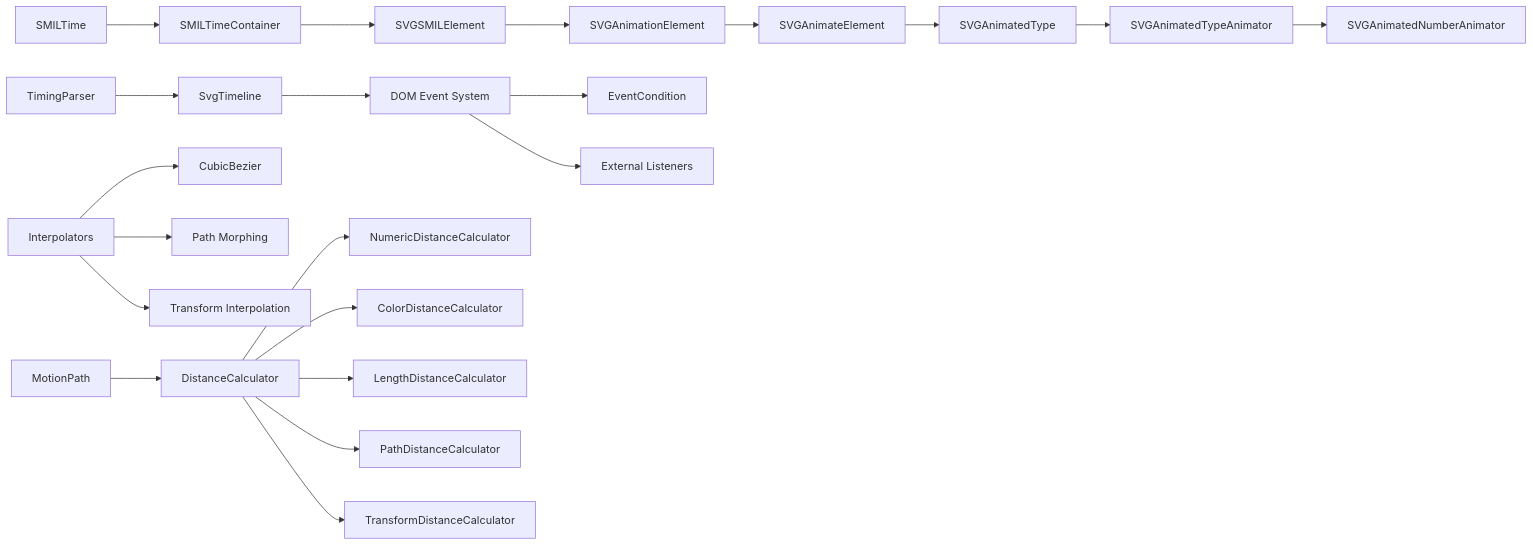
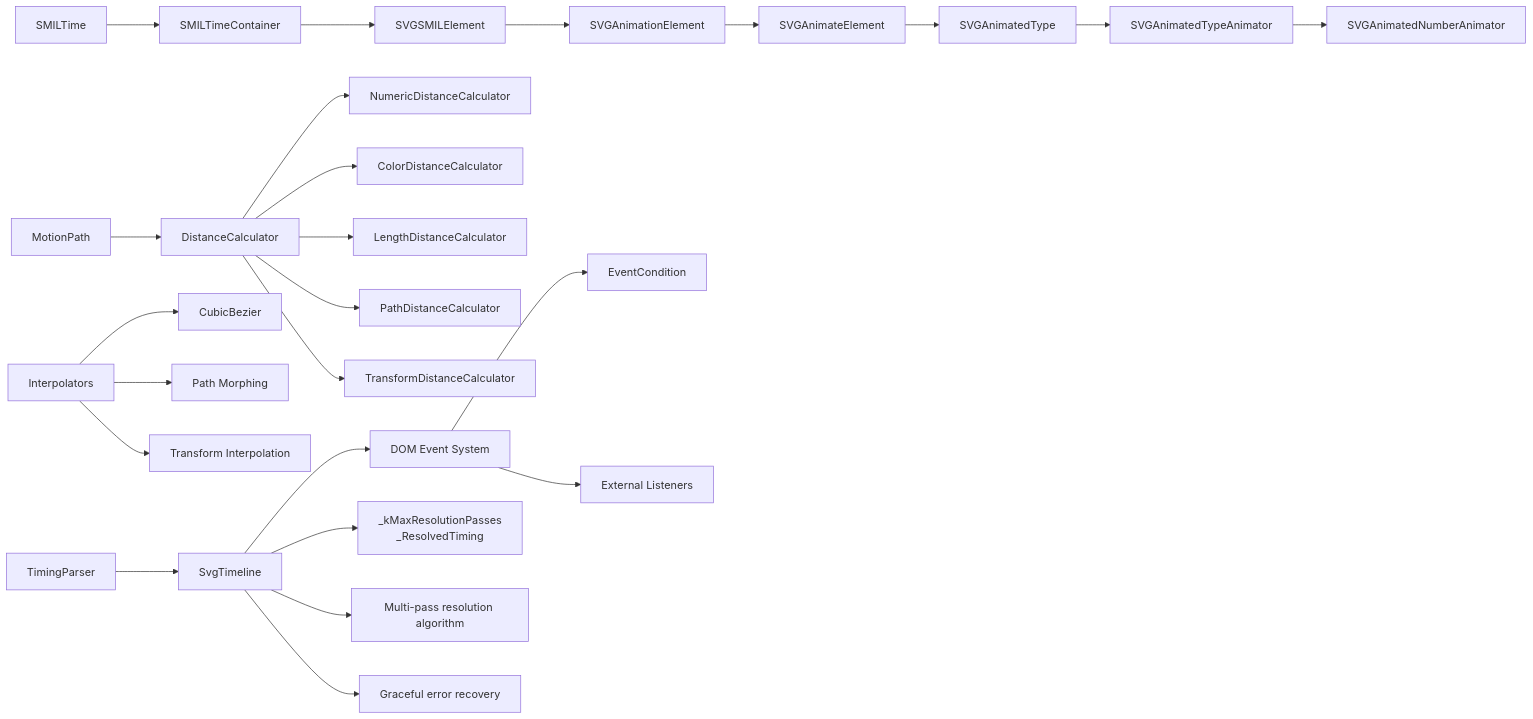
Diagram 17 of 17 in .qoder/repowiki/en/content/Animated SVG Support/SMIL Animation Specification/Improved SMIL Animation Runtime.md (denisnadey/flutter_full_svg_support), drawn with Mermaid before and after one commit. The commit also changed other lines of this file and 40 other files, not shown here.

````diff
--- a/.qoder/repowiki/en/content/Animated SVG Support/SMIL Animation Specification/Improved SMIL Animation Runtime.md
+++ b/.qoder/repowiki/en/content/Animated SVG Support/SMIL Animation Specification/Improved SMIL Animation Runtime.md
@@ -690,23 +911,26 @@
 ```mermaid
 graph LR
 SMILTime["SMILTime"] --> SMILTimeContainer["SMILTimeContainer"]
 SMILTimeContainer --> SVGSMILElement["SVGSMILElement"]
 SVGSMILElement --> SVGAnimationElement["SVGAnimationElement"]
 SVGAnimationElement --> SVGAnimateElement["SVGAnimateElement"]
 SVGAnimateElement --> SVGAnimatedType["SVGAnimatedType"]
 SVGAnimatedType --> SVGAnimatedTypeAnimator["SVGAnimatedTypeAnimator"]
 SVGAnimatedTypeAnimator --> SVGAnimatedNumberAnimator["SVGAnimatedNumberAnimator"]
 TimingParser["TimingParser"] --> SvgTimeline["SvgTimeline"]
 SvgTimeline --> DOMEventSystem["DOM Event System"]
 DOMEventSystem --> EventCondition["EventCondition"]
 DOMEventSystem --> ExternalListeners["External Listeners"]
 Interpolators["Interpolators"] --> CubicBezier["CubicBezier"]
 Interpolators --> PathMorphing["Path Morphing"]
 Interpolators --> TransformInterpolation["Transform Interpolation"]
 MotionPath["MotionPath"] --> DistanceCalculator["DistanceCalculator"]
 DistanceCalculator --> NumericDistance["NumericDistanceCalculator"]
 DistanceCalculator --> ColorDistance["ColorDistanceCalculator"]
 DistanceCalculator --> LengthDistance["LengthDistanceCalculator"]
 DistanceCalculator --> PathDistance["PathDistanceCalculator"]
 DistanceCalculator --> TransformDistance["TransformDistanceCalculator"]
+SvgTimeline --> CircularDependencyDetector["_kMaxResolutionPasses<br/>_ResolvedTiming"]
+SvgTimeline --> MultiPassResolver["Multi-pass resolution algorithm"]
+SvgTimeline --> ErrorRecovery["Graceful error recovery"]
 ```
````
